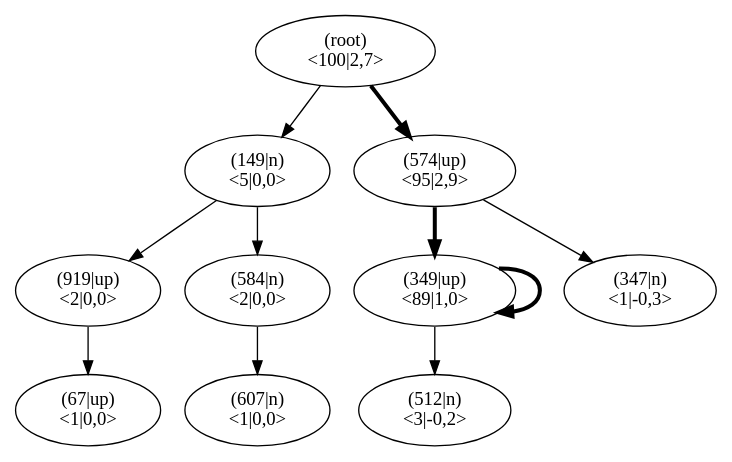
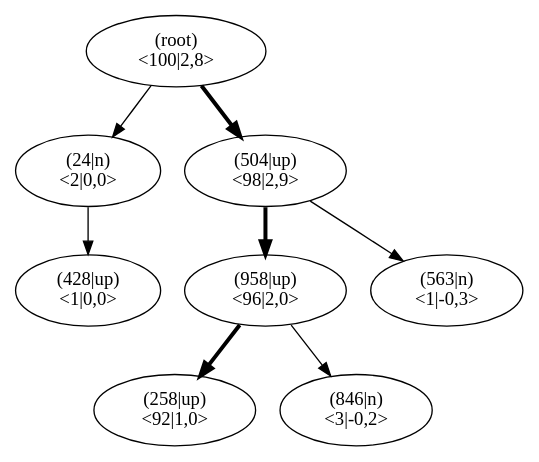
One commit to JonasHellgren/relexp-java changed the diagram in pictures/ch13/jumper_test_mcts.dot. Above: the diagram before and after it, drawn with Graphviz. The commit also changed 13 other files, not shown here.

```diff
--- a/pictures/ch13/jumper_test_mcts.dot
+++ b/pictures/ch13/jumper_test_mcts.dot
@@ -1,35 +1,26 @@
 digraph MCTS {
 node [shape=ellipse];
 Nroot [label="(root)
-<100|2,7>"];
-Nroot -> N149[penwidth=1];
-N149 [label="(149|n)
-<5|0,0>"];
-N149 -> N919[penwidth=1];
-N919 [label="(919|up)
+<100|2,8>"];
+Nroot -> N24[penwidth=1];
+N24 [label="(24|n)
 <2|0,0>"];
-N919 -> N67[penwidth=1];
-N67 [label="(67|up)
+N24 -> N428[penwidth=1];
+N428 [label="(428|up)
 <1|0,0>"];
-N149 -> N584[penwidth=1];
-N584 [label="(584|n)
-<2|0,0>"];
-N584 -> N607[penwidth=1];
-N607 [label="(607|n)
-<1|0,0>"];
-Nroot -> N574[penwidth=3];
-N574 [label="(574|up)
-<95|2,9>"];
-N574 -> N349[penwidth=3];
-N349 [label="(349|up)
-<93|2,0>"];
-N349 -> N349[penwidth=3];
-N349 [label="(349|up)
-<89|1,0>"];
-N349 -> N512[penwidth=1];
-N512 [label="(512|n)
+Nroot -> N504[penwidth=3];
+N504 [label="(504|up)
+<98|2,9>"];
+N504 -> N958[penwidth=3];
+N958 [label="(958|up)
+<96|2,0>"];
+N958 -> N258[penwidth=3];
+N258 [label="(258|up)
+<92|1,0>"];
+N958 -> N846[penwidth=1];
+N846 [label="(846|n)
 <3|-0,2>"];
-N574 -> N347[penwidth=1];
-N347 [label="(347|n)
+N504 -> N563[penwidth=1];
+N563 [label="(563|n)
 <1|-0,3>"];
 }
```
